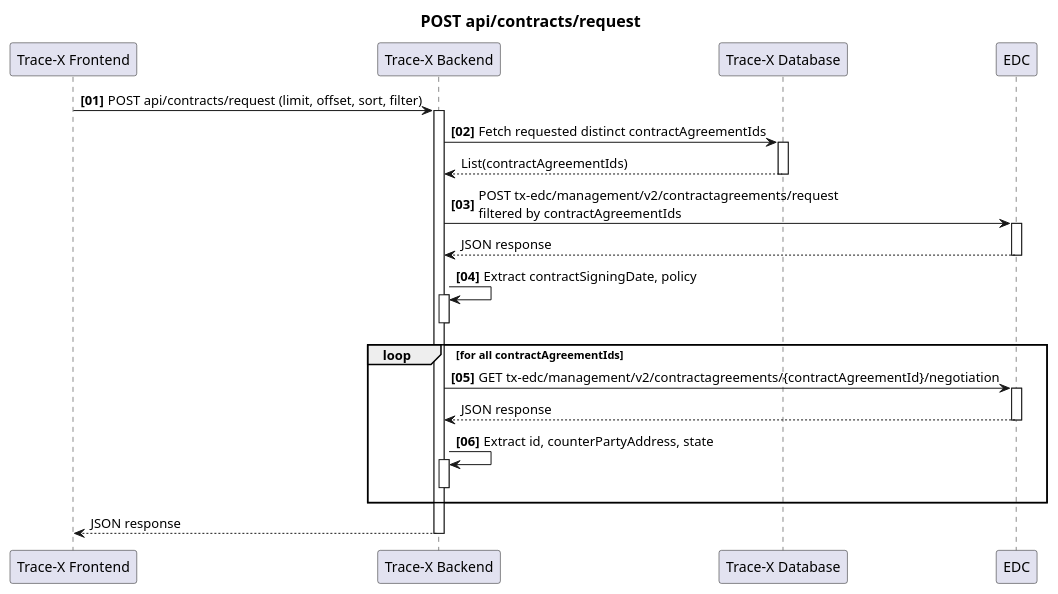
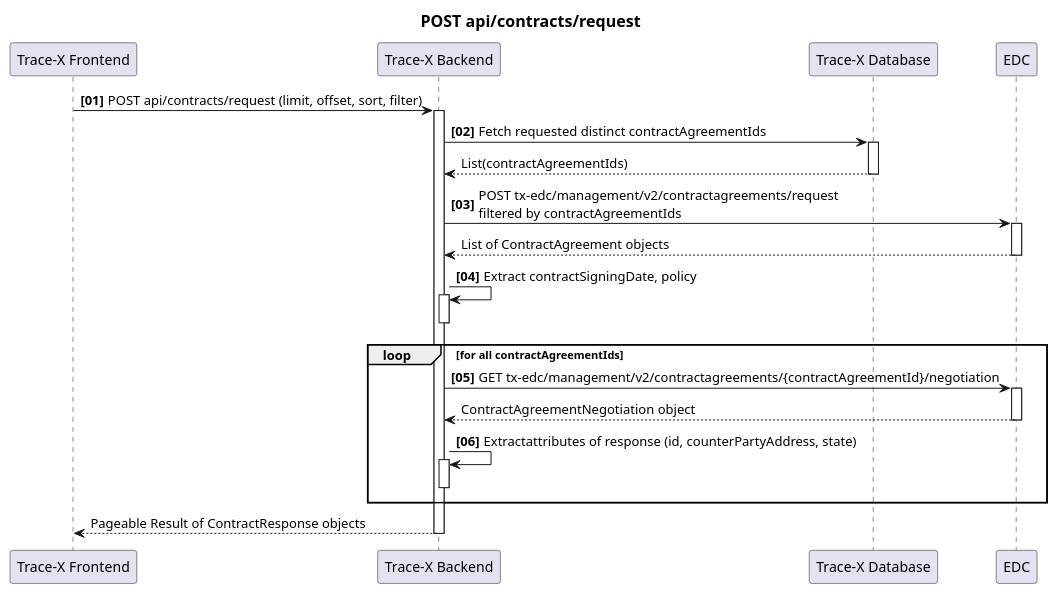
One commit to eclipse-tractusx/traceability-foss changed the diagram in docs/src/uml-diagrams/arc42/runtime-view/data-sovereignty/get-all-contracts-sequenceflow.puml. Above: the diagram before and after it, drawn with PlantUML. The commit also changed 1 other file, not shown here.

Commit message:
chore: update arc42 runtime-view scenarios with data sovereignty domain and contract agreements flow for assets

```diff
--- a/docs/src/uml-diagrams/arc42/runtime-view/data-sovereignty/get-all-contracts-sequenceflow.puml
+++ b/docs/src/uml-diagrams/arc42/runtime-view/data-sovereignty/get-all-contracts-sequenceflow.puml
@@ -1,50 +1,50 @@
 @startuml
 title
     ==POST api/contracts/request
 end title
 
 autonumber "<B>[00]"
 
 participant "Trace-X Frontend" as FE order 0
 participant "Trace-X Backend" as BE order 1
 participant "Trace-X Database" as DB order 2
 participant "EDC" as EDC order 3
 
 FE -> BE: POST api/contracts/request (limit, offset, sort, filter)
 
 activate BE
 BE -> DB: Fetch requested distinct contractAgreementIds
 activate DB
 autonumber stop
 DB --> BE: List(contractAgreementIds)
 autonumber resume
 deactivate DB
 
 BE -> EDC: POST tx-edc/management/v2/contractagreements/request \nfiltered by contractAgreementIds
 activate EDC
 autonumber stop
-EDC --> BE: JSON response
+EDC --> BE: List of ContractAgreement objects
 autonumber resume
 deactivate EDC
 BE -> BE: Extract contractSigningDate, policy
 activate BE
 deactivate BE
 
 loop for all contractAgreementIds
 BE -> EDC: GET tx-edc/management/v2/contractagreements/{contractAgreementId}/negotiation
 activate EDC
 autonumber stop
-EDC --> BE: JSON response
+EDC --> BE: ContractAgreementNegotiation object
 autonumber resume
 deactivate EDC
-BE -> BE: Extract id, counterPartyAddress, state
+BE -> BE: Extractattributes of response (id, counterPartyAddress, state)
 activate BE
 deactivate BE
 end
 
 autonumber stop
-BE --> FE: JSON response
+BE --> FE: Pageable Result of ContractResponse objects
 autonumber resume
 deactivate BE
 
 @enduml
```
